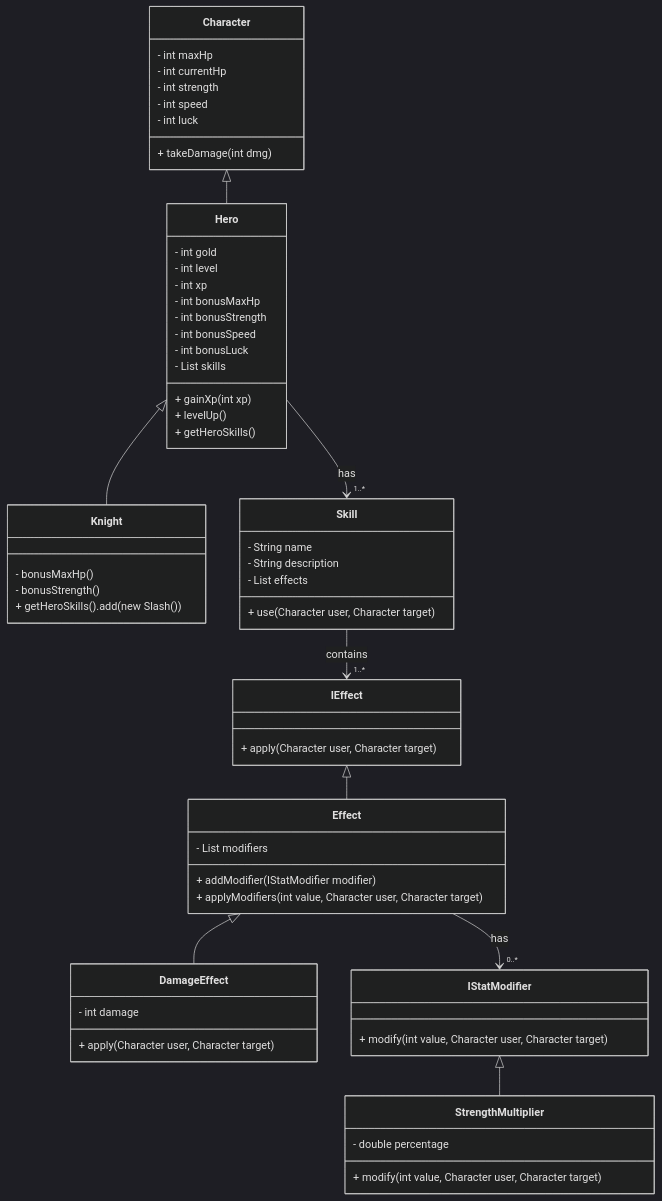
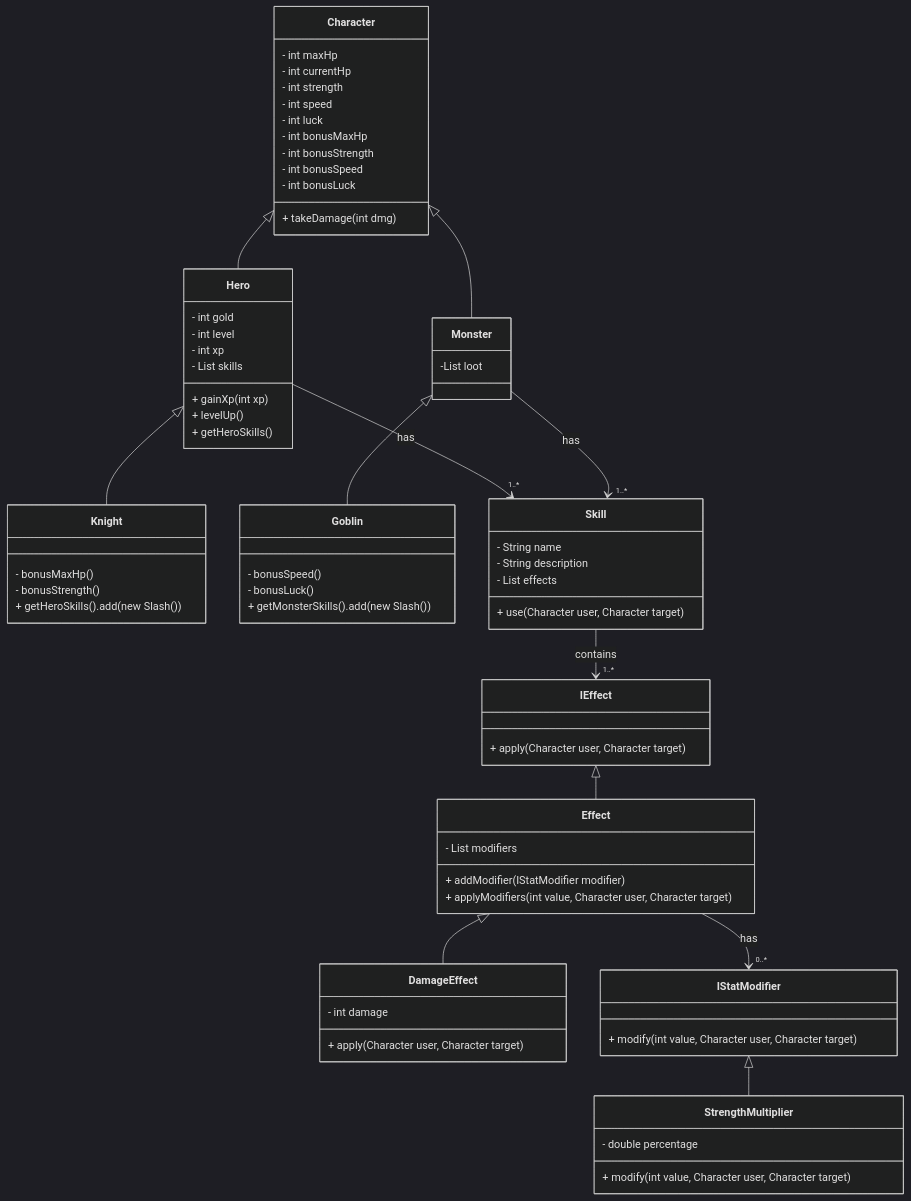
Before and after one commit to BaD-Dev1204/JAVA_heroes_vs_monsters_V1: the first of 2 diagrams in README.md, drawn with Mermaid (dark theme). The commit also changed other lines of this file, not shown here.

```diff
--- a/README.md
+++ b/README.md
@@ -85,6 +209,10 @@
         - int strength
         - int speed
         - int luck
+        - int bonusMaxHp
+        - int bonusStrength
+        - int bonusSpeed
+        - int bonusLuck
         + takeDamage(int dmg)
     }
 
@@ -92,10 +220,6 @@
         - int gold
         - int level
         - int xp
-        - int bonusMaxHp
-        - int bonusStrength
-        - int bonusSpeed
-        - int bonusLuck
         - List<Skill> skills
         + gainXp(int xp)
         + levelUp()
@@ -108,8 +232,20 @@
         + getHeroSkills().add(new Slash())
     }
 
+    class Monster {
+        -List<Item> loot
+    }
+
+    class Goblin {
+        - bonusSpeed()
+        - bonusLuck()
+        + getMonsterSkills().add(new Slash())
+    }
+
     Character <|-- Hero
+    Character <|-- Monster
     Hero <|-- Knight
+    Monster <|-- Goblin
 
     %% ======= Skills =======
     class Skill {
@@ -120,6 +256,7 @@
     }
 
     Hero --> "1..*" Skill : has
+    Monster --> "1..*" Skill : has
 
     %% ======= Effects =======
     class IEffect {
```
